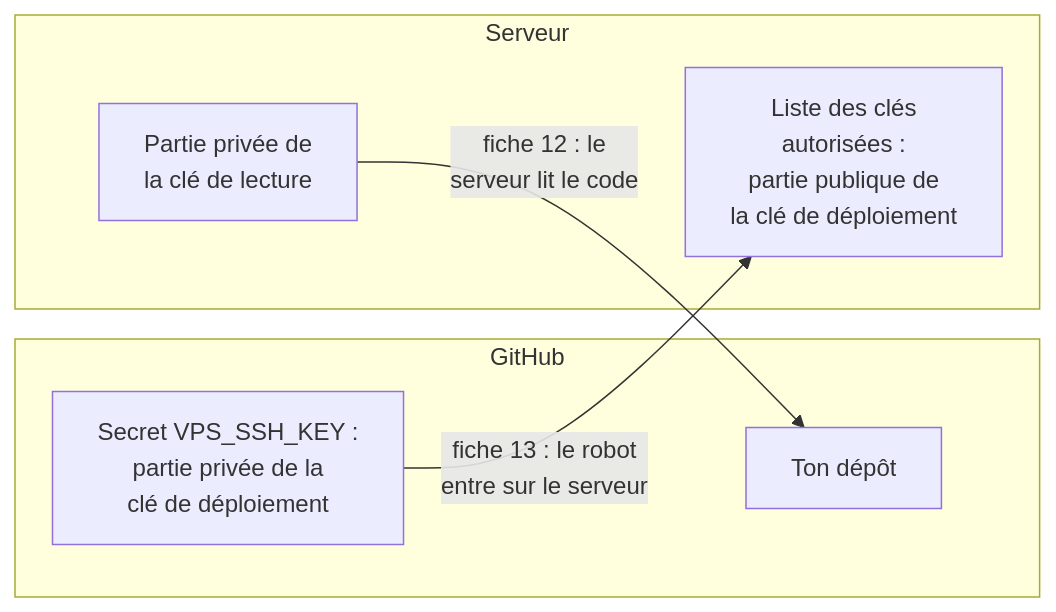
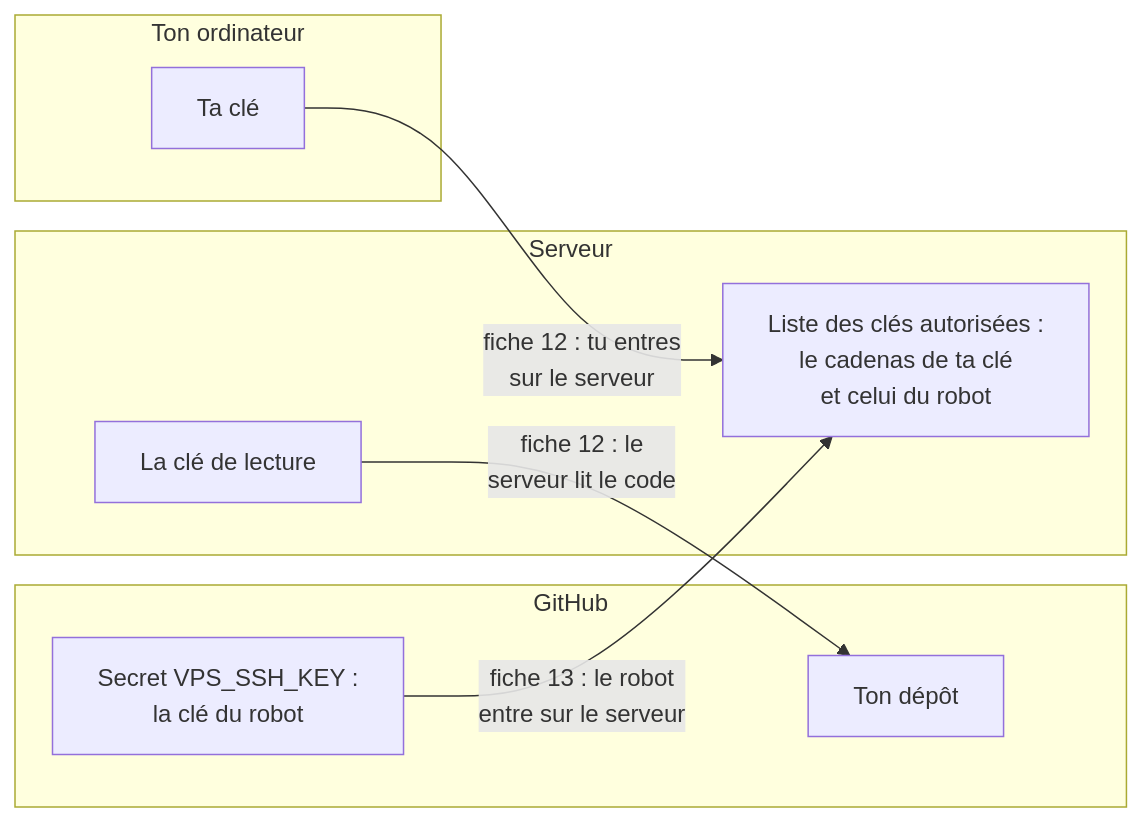
One commit to lecinquiemejour-code/goodvibe-tuto changed diagram 39 of 43 in tuto-goodvibe-vibecoding.md. Above: the diagram before and after it, drawn with Mermaid. The commit also changed other lines of this file, not shown here.

````diff
--- a/tuto-goodvibe-vibecoding.md
+++ b/tuto-goodvibe-vibecoding.md
@@ -2137,13 +2151,17 @@
 ```mermaid
 flowchart LR
+    subgraph Ordinateur["Ton ordinateur"]
+        K["Ta clé"]
+    end
     subgraph GitHub
         R["Ton dépôt"]
-        S["Secret VPS_SSH_KEY :<br/>partie privée de la<br/>clé de déploiement"]
+        S["Secret VPS_SSH_KEY :<br/>la clé du robot"]
     end
     subgraph Serveur
-        A["Liste des clés<br/>autorisées :<br/>partie publique de<br/>la clé de déploiement"]
-        L["Partie privée de<br/>la clé de lecture"]
+        A["Liste des clés autorisées :<br/>le cadenas de ta clé<br/>et celui du robot"]
+        L["La clé de lecture"]
     end
+    K -- "fiche 12 : tu entres<br/>sur le serveur" --> A
+    L -- "fiche 12 : le<br/>serveur lit le code" --> R
     S -- "fiche 13 : le robot<br/>entre sur le serveur" --> A
-    L -- "fiche 12 : le<br/>serveur lit le code" --> R
 ```
````
